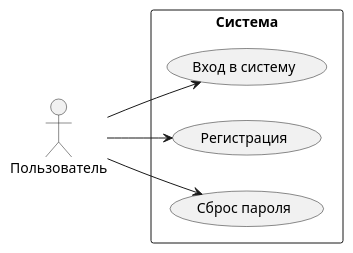
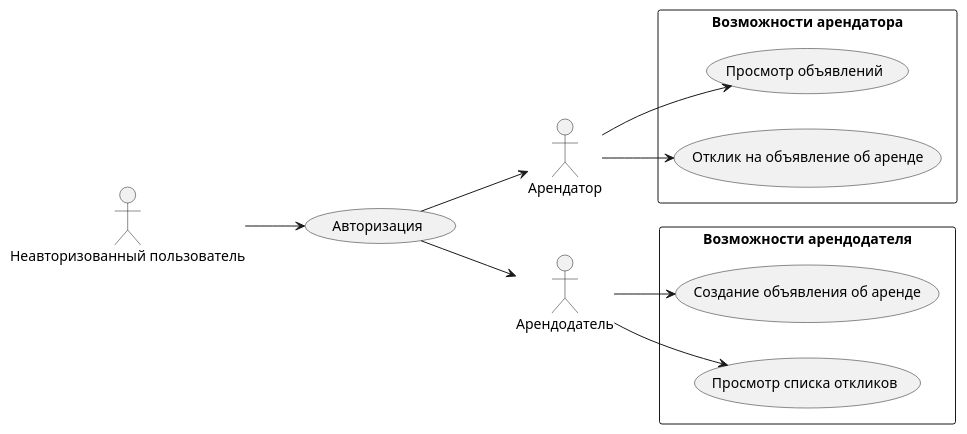
One commit to wkochuev/Infolabs changed the diagram in diagram.puml. Above: the diagram before and after it, drawn with PlantUML.

```diff
--- a/diagram.puml
+++ b/diagram.puml
@@ -1,13 +1,25 @@
 @startuml
 left to right direction
-skinparam packageStyle rectangle
-actor "Пользователь" as User
-package "Система" {
-    usecase "Вход в систему" as UC_Login
-    usecase "Регистрация" as UC_Register
-    usecase "Сброс пароля" as UC_Reset
+actor "Неавторизованный пользователь" as nonautoriz
+actor "Арендатор" as arendator
+actor "Арендодатель" as arendodat
+
+rectangle "Возможности арендатора"{
+    usecase "Просмотр объявлений" as viewrent
+    usecase "Отклик на объявление об аренде" as rentresponse
 }
-User --> UC_Login
-User --> UC_Register
-User --> UC_Reset
+rectangle "Возможности арендодателя"{
+    usecase "Создание объявления об аренде" as createrent
+    usecase "Просмотр списка откликов" as viewresplist
+}
+usecase "Авторизация" as autoriz
+nonautoriz-->autoriz
+autoriz-->arendator
+autoriz-->arendodat
+arendodat-->viewresplist
+arendodat-->createrent
+
+arendator-->viewrent
+arendator-->rentresponse
+
 @enduml
```
